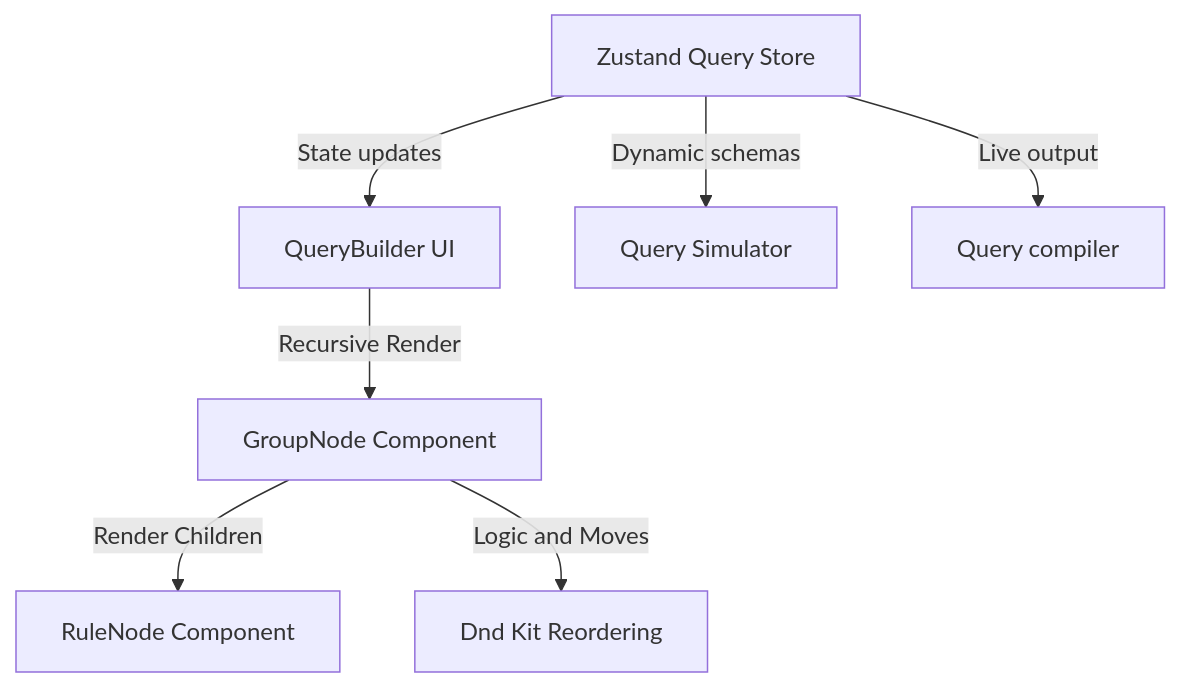
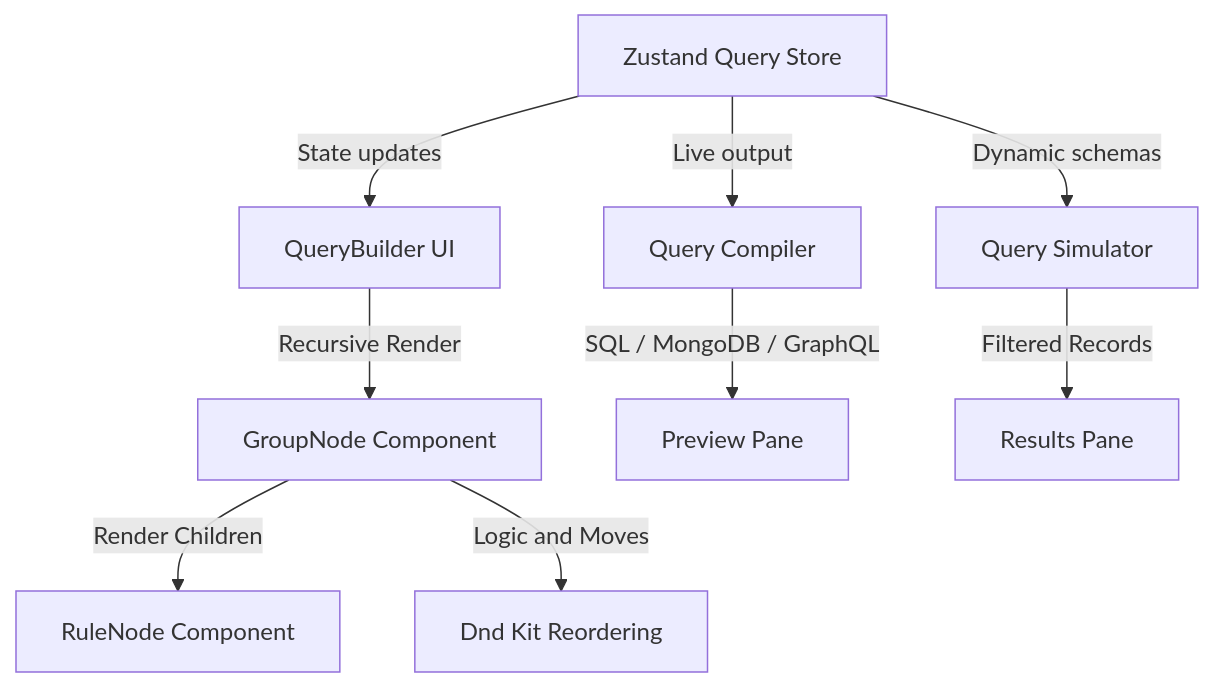
The diagram in README.md (AgboolaAgbeniga/query-forge), drawn with Mermaid before and after one commit. The commit also changed other lines of this file and 10 other files, not shown here.

````diff
--- a/README.md
+++ b/README.md
@@ -21,9 +124,11 @@
 ```mermaid
 graph TD
   Store[Zustand Query Store] -->|State updates| Builder[QueryBuilder UI]
   Store -->|Dynamic schemas| Executor[Query Simulator]
-  Store -->|Live output| Compiler[Query compiler]
+  Store -->|Live output| Compiler[Query Compiler]
   Builder -->|Recursive Render| GroupNode[GroupNode Component]
   GroupNode -->|Render Children| RuleNode[RuleNode Component]
   GroupNode -->|Logic and Moves| DnD[Dnd Kit Reordering]
+  Compiler -->|SQL / MongoDB / GraphQL| PreviewPane[Preview Pane]
+  Executor -->|Filtered Records| ResultsPane[Results Pane]
 ```
````
